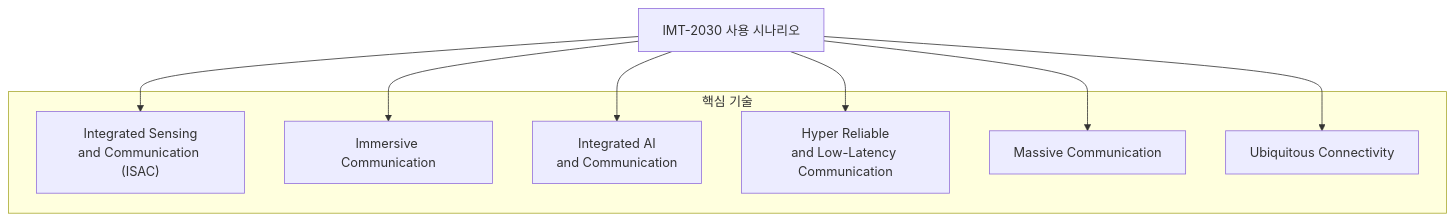
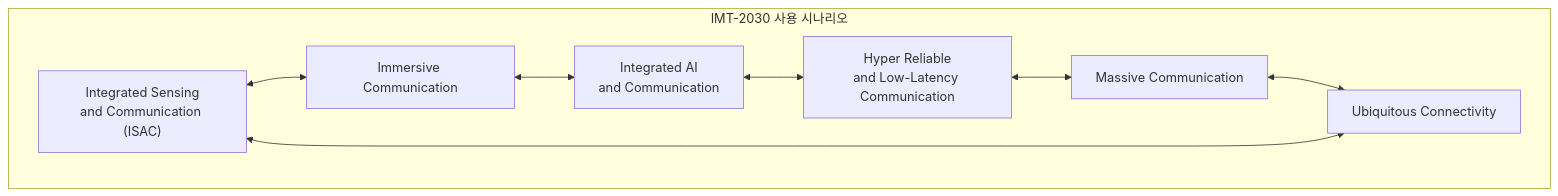
Before and after one commit to gracefullight/gracefullight.github.io: the first of 2 diagrams in blog/pe/nw/6g-integrated-sensing-and-communication.md, drawn with Mermaid.

Commit message:
docs(pe): 📚️ isac

````diff
--- a/blog/pe/nw/6g-integrated-sensing-and-communication.md
+++ b/blog/pe/nw/6g-integrated-sensing-and-communication.md
@@ -15,20 +15,14 @@
 ```mermaid
 graph TD
-  IMT2030["IMT-2030 사용 시나리오"]
-  
-  subgraph 핵심 기술
-      ISAC["Integrated Sensing<br/>and Communication (ISAC)"]
-      Immersive["Immersive Communication"]
-      AIComm["Integrated AI<br/>and Communication"]
-      Reliable["Hyper Reliable<br/>and Low-Latency Communication"]
-      Massive["Massive Communication"]
-      Ubiquitous["Ubiquitous Connectivity"]
+  subgraph IMT2030["IMT-2030 사용 시나리오"]
+    direction LR
+    ISAC["Integrated Sensing<br/>and Communication (ISAC)"]
+    Immersive["Immersive Communication"]
+    AIComm["Integrated AI<br/>and Communication"]
+    Reliable["Hyper Reliable<br/>and Low-Latency Communication"]
+    Massive["Massive Communication"]
+    Ubiquitous["Ubiquitous Connectivity"]
+
+    ISAC <--> Immersive <--> AIComm <--> Reliable <--> Massive <--> Ubiquitous <--> ISAC
   end
-
-  IMT2030 --> ISAC
-  IMT2030 --> Immersive
-  IMT2030 --> AIComm
-  IMT2030 --> Reliable
-  IMT2030 --> Massive
-  IMT2030 --> Ubiquitous
 ```
````
